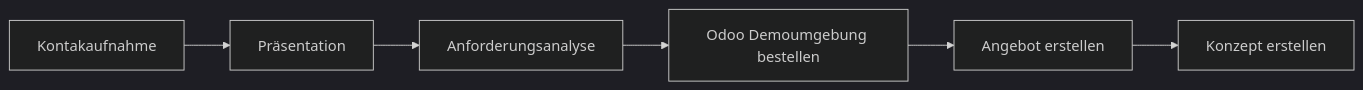
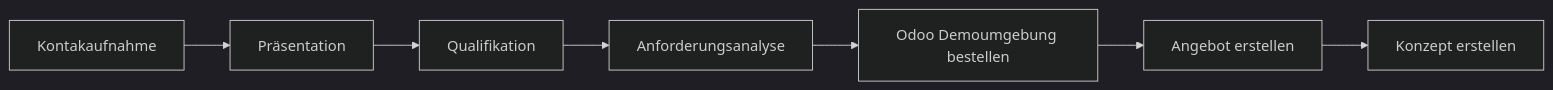
One commit to Mint-System/Wiki changed the diagram in Prozesse Akquise.md. Above: the diagram before and after it, drawn with Mermaid (dark theme). The commit also changed other lines of this file and 1 other file, not shown here.

Commit message:
vault backup: 2022-06-28 14:13:04

````diff
--- a/Prozesse Akquise.md
+++ b/Prozesse Akquise.md
@@ -6,8 +6,9 @@
 ```mermaid
 graph LR;
     A[Kontakaufnahme]-->B[Präsentation];
-    B-->C[Anforderungsanalyse];
+    B-->G[Qualifikation];
+    G-->C[Anforderungsanalyse];
     C-->D[Odoo Demoumgebung bestellen];
     D-->E[Angebot erstellen]
 	E-->F[Konzept erstellen]
 ```
````
